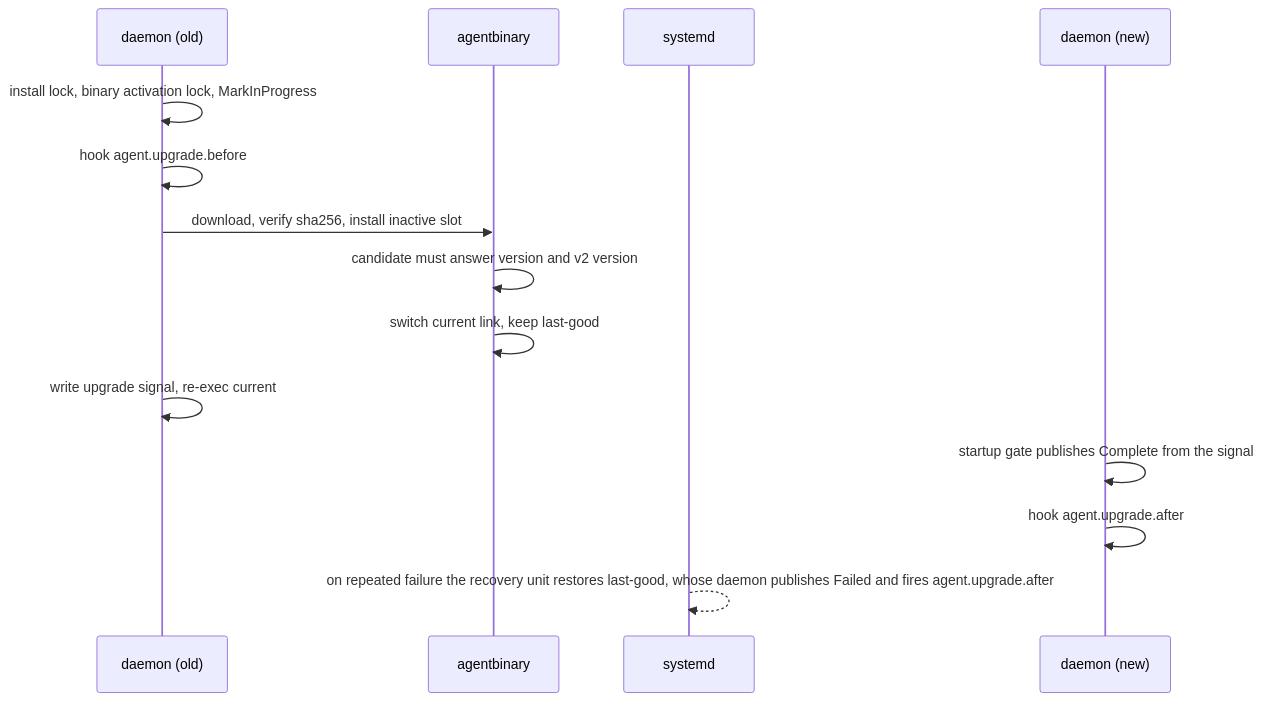
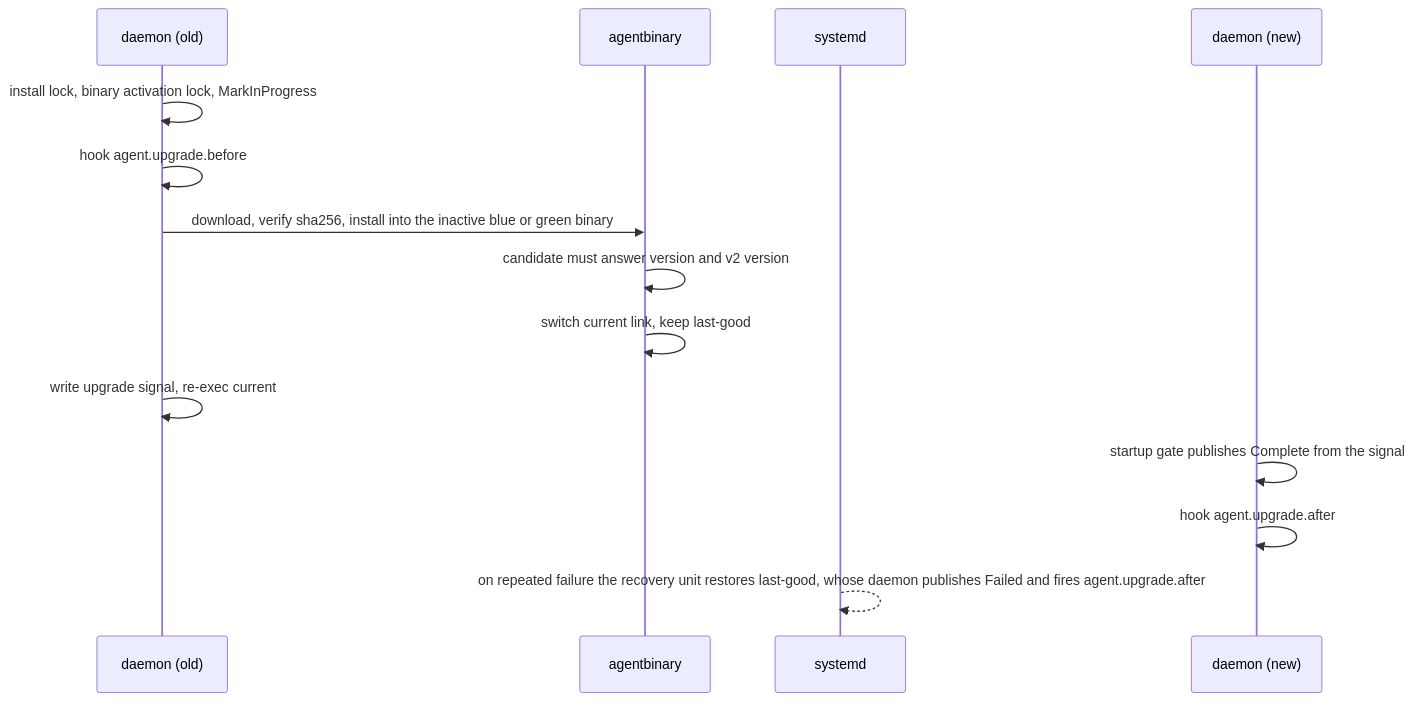
Before and after one commit to Azure/unbounded: the eighth of 9 diagrams in designs/agent-v2.md, drawn with Mermaid. The commit also changed other lines of this file, not shown here.

First line of the commit message:
designs: distinguish agent binary slots from node slots in agent v2

````diff
--- a/designs/agent-v2.md
+++ b/designs/agent-v2.md
@@ -1495,16 +1495,16 @@
 ```mermaid
 sequenceDiagram
   participant D as daemon (old)
   participant AB as agentbinary
   participant SD as systemd
   participant N as daemon (new)
   D->>D: install lock, binary activation lock, MarkInProgress
   D->>D: hook agent.upgrade.before
-  D->>AB: download, verify sha256, install inactive slot
+  D->>AB: download, verify sha256, install into the inactive blue or green binary
   AB->>AB: candidate must answer version and v2 version
   AB->>AB: switch current link, keep last-good
   D->>D: write upgrade signal, re-exec current
   N->>N: startup gate publishes Complete from the signal
   N->>N: hook agent.upgrade.after
   SD-->>SD: on repeated failure the recovery unit restores last-good, whose daemon publishes Failed and fires agent.upgrade.after
 ```
````
